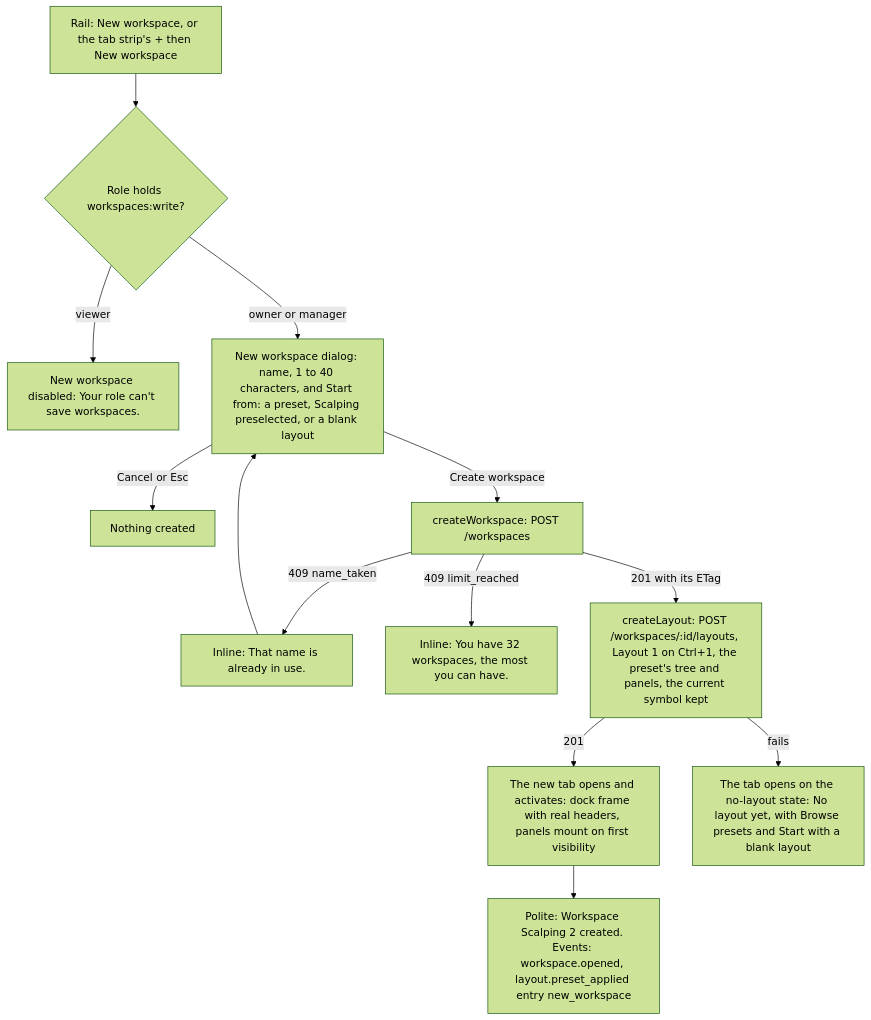
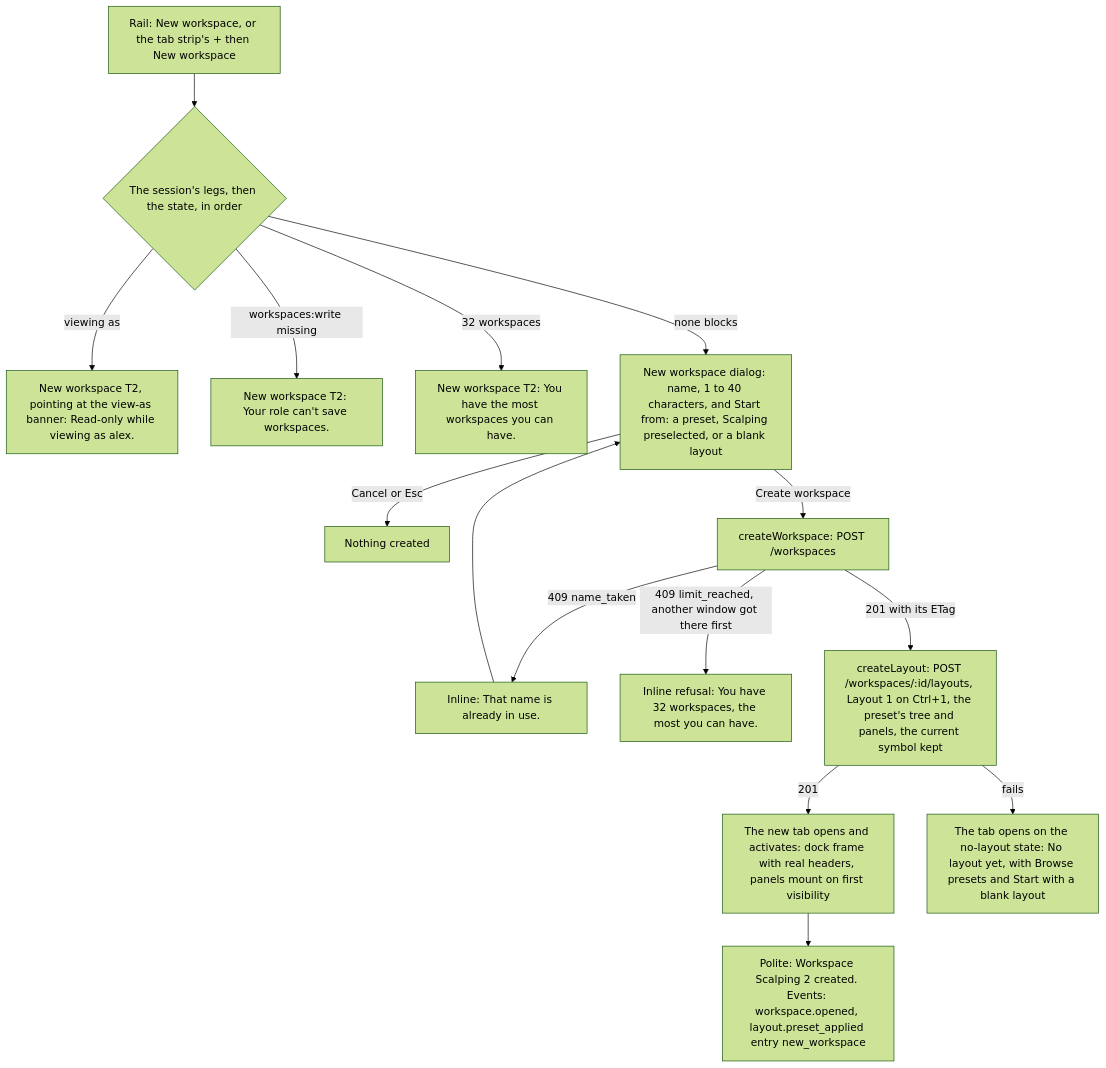
Before and after one commit to CandleViewer/CandleViewer: the first of 6 diagrams in docs/design/specs/e15-layout-flows.md, drawn with Mermaid (forest theme). The commit also changed other lines of this file and 2 other files, not shown here.

First line of the commit message:
docs(charting-ui): apply the E09-D09 T2 gate to E15-D02 (orchestrator text round)

````diff
--- a/docs/design/specs/e15-layout-flows.md
+++ b/docs/design/specs/e15-layout-flows.md
@@ -7,15 +7,17 @@
 ```mermaid
 flowchart TD
-  A1["Rail: New workspace, or the tab strip's + then New workspace"] --> B1{"Role holds workspaces:write?"}
-  B1 -->|viewer| C1["New workspace disabled: Your role can't save workspaces."]
-  B1 -->|owner or manager| D1["New workspace dialog: name, 1 to 40 characters, and Start from: a preset, Scalping preselected, or a blank layout"]
+  A1["Rail: New workspace, or the tab strip's + then New workspace"] --> B1{"The session's legs, then the state, in order"}
+  B1 -->|viewing as| C0["New workspace T2, pointing at the view-as banner: Read-only while viewing as alex."]
+  B1 -->|workspaces:write missing| C1["New workspace T2: Your role can't save workspaces."]
+  B1 -->|32 workspaces| C2["New workspace T2: You have the most workspaces you can have."]
+  B1 -->|none blocks| D1["New workspace dialog: name, 1 to 40 characters, and Start from: a preset, Scalping preselected, or a blank layout"]
   D1 -->|Cancel or Esc| E1["Nothing created"]
   D1 -->|Create workspace| F1["createWorkspace: POST /workspaces"]
   F1 -->|409 name_taken| G1["Inline: That name is already in use."]
   G1 --> D1
-  F1 -->|409 limit_reached| H1["Inline: You have 32 workspaces, the most you can have."]
+  F1 -->|409 limit_reached, another window got there first| H1["Inline refusal: You have 32 workspaces, the most you can have."]
   F1 -->|201 with its ETag| I1["createLayout: POST /workspaces/:id/layouts, Layout 1 on Ctrl+1, the preset's tree and panels, the current symbol kept"]
   I1 -->|201| J1["The new tab opens and activates: dock frame with real headers, panels mount on first visibility"]
   I1 -->|fails| K1["The tab opens on the no-layout state: No layout yet, with Browse presets and Start with a blank layout"]
   J1 --> L1["Polite: Workspace Scalping 2 created. Events: workspace.opened, layout.preset_applied entry new_workspace"]
 ```
````
